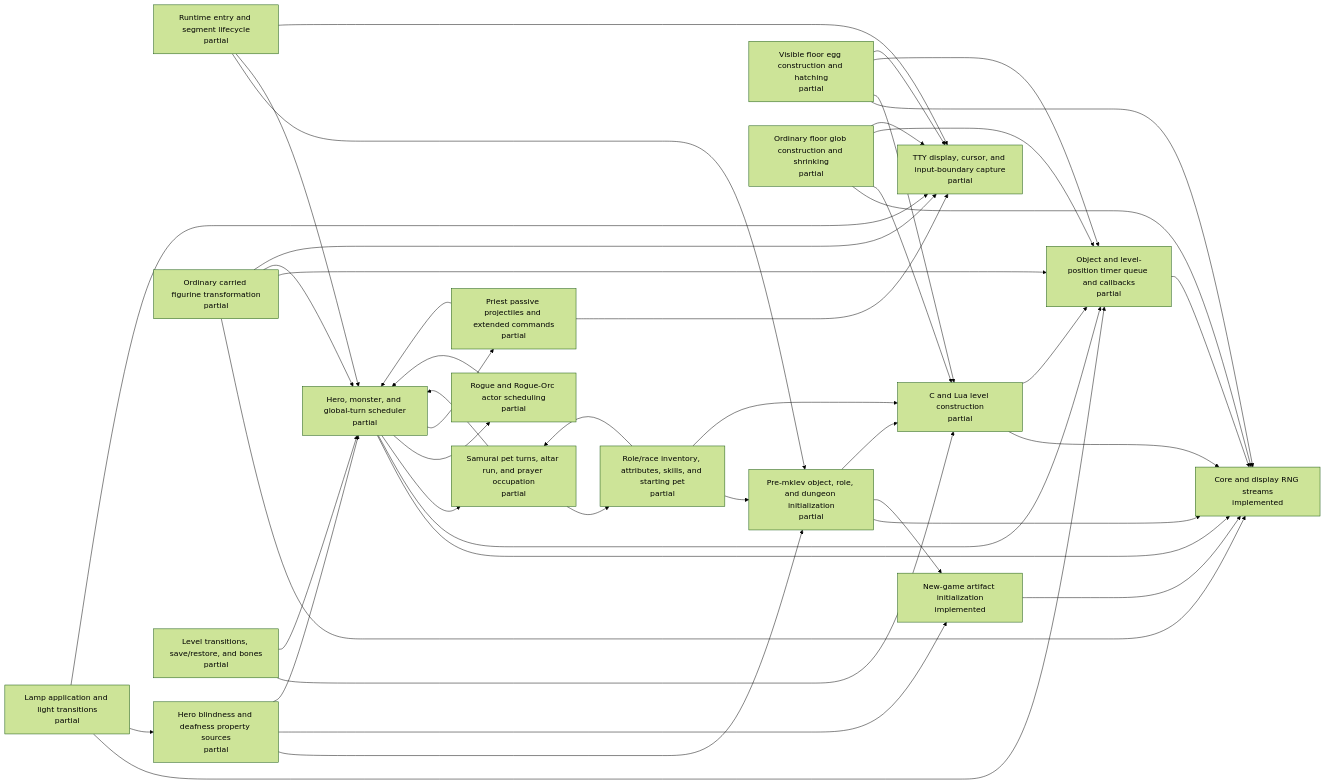
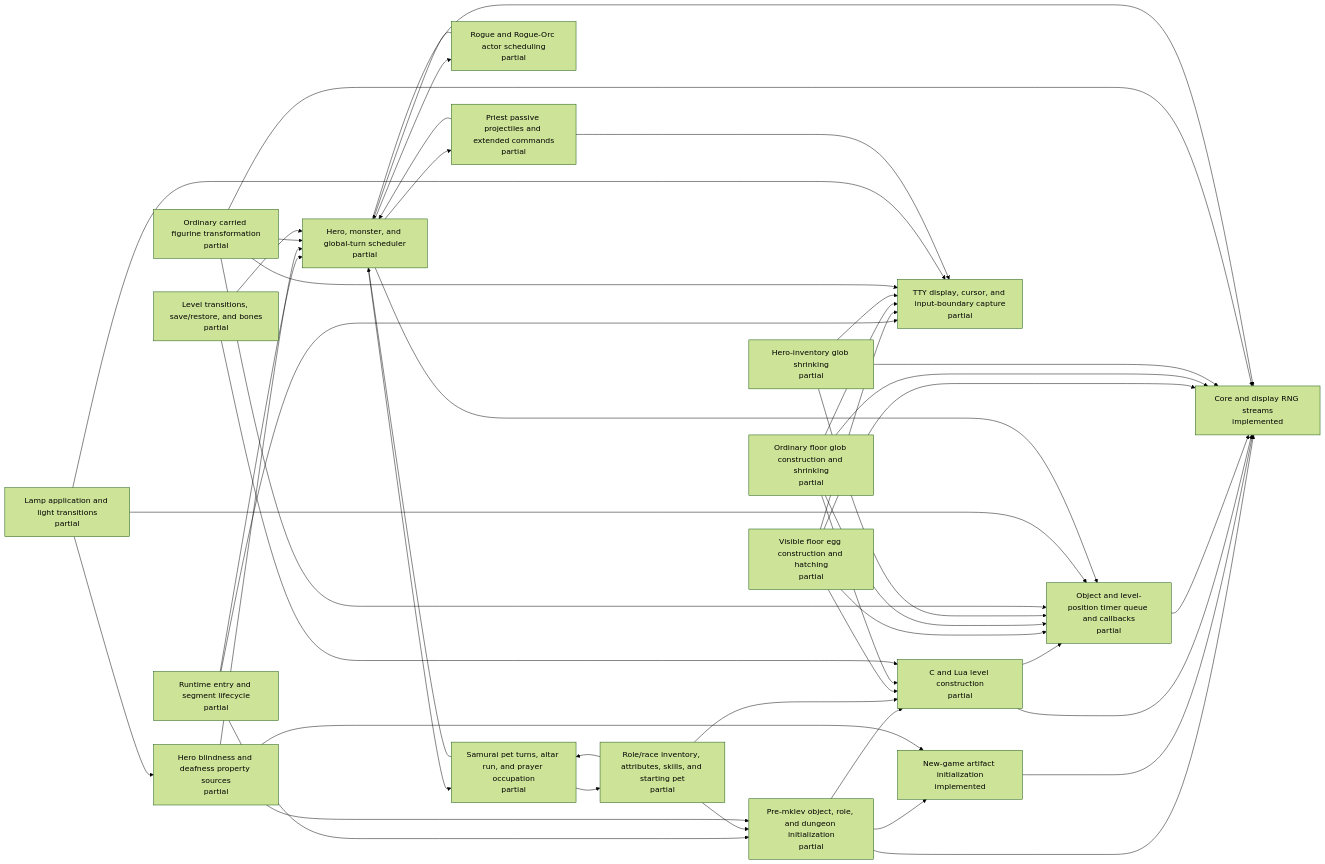
The diagram in docs/architecture/c-lua-ownership.generated.md (daoa0601/teleport-contest), drawn with Mermaid (forest theme) before and after one commit. The commit also changed other lines of this file and 3 other files, not shown here.

Commit message:
Record inventory glob shrink ownership

````diff
--- a/docs/architecture/c-lua-ownership.generated.md
+++ b/docs/architecture/c-lua-ownership.generated.md
@@ -11,64 +11,68 @@
 ```mermaid
 flowchart LR
     n_runtime_entry["Runtime entry and segment lifecycle<br/>partial"]
     n_rng_core["Core and display RNG streams<br/>implemented"]
     n_startup_pre_mklev["Pre-mklev object, role, and dungeon initialization<br/>partial"]
     n_startup_artifacts["New-game artifact initialization<br/>implemented"]
     n_startup_role_inventory["Role/race inventory, attributes, skills, and starting pet<br/>partial"]
     n_hero_sensory_properties["Hero blindness and deafness property sources<br/>partial"]
     n_level_generation["C and Lua level construction<br/>partial"]
     n_object_timer_queue["Object and level-position timer queue and callbacks<br/>partial"]
     n_floor_egg_hatching["Visible floor egg construction and hatching<br/>partial"]
     n_floor_glob_shrinking["Ordinary floor glob construction and shrinking<br/>partial"]
+    n_inventory_glob_shrinking["Hero-inventory glob shrinking<br/>partial"]
     n_carried_figurine_transform["Ordinary carried figurine transformation<br/>partial"]
     n_timed_lamp_application["Lamp application and light transitions<br/>partial"]
     n_turn_scheduler["Hero, monster, and global-turn scheduler<br/>partial"]
     n_samurai_pet_turns["Samurai pet turns, altar run, and prayer occupation<br/>partial"]
     n_rogue_actor_scheduling["Rogue and Rogue-Orc actor scheduling<br/>partial"]
     n_priest_passive_projectiles["Priest passive projectiles and extended commands<br/>partial"]
     n_tty_display["TTY display, cursor, and input-boundary capture<br/>partial"]
     n_level_transition_persistence["Level transitions, save/restore, and bones<br/>partial"]
     n_runtime_entry --> n_startup_pre_mklev
     n_runtime_entry --> n_turn_scheduler
     n_runtime_entry --> n_tty_display
     n_startup_pre_mklev --> n_rng_core
     n_startup_pre_mklev --> n_startup_artifacts
     n_startup_pre_mklev --> n_level_generation
     n_startup_artifacts --> n_rng_core
     n_startup_role_inventory --> n_startup_pre_mklev
     n_startup_role_inventory --> n_level_generation
     n_startup_role_inventory --> n_samurai_pet_turns
     n_hero_sensory_properties --> n_startup_pre_mklev
     n_hero_sensory_properties --> n_startup_artifacts
     n_hero_sensory_properties --> n_turn_scheduler
     n_level_generation --> n_rng_core
     n_level_generation --> n_object_timer_queue
     n_object_timer_queue --> n_rng_core
     n_floor_egg_hatching --> n_rng_core
     n_floor_egg_hatching --> n_level_generation
     n_floor_egg_hatching --> n_object_timer_queue
     n_floor_egg_hatching --> n_tty_display
     n_floor_glob_shrinking --> n_rng_core
     n_floor_glob_shrinking --> n_level_generation
     n_floor_glob_shrinking --> n_object_timer_queue
     n_floor_glob_shrinking --> n_tty_display
+    n_inventory_glob_shrinking --> n_rng_core
+    n_inventory_glob_shrinking --> n_object_timer_queue
+    n_inventory_glob_shrinking --> n_tty_display
     n_carried_figurine_transform --> n_rng_core
     n_carried_figurine_transform --> n_object_timer_queue
     n_carried_figurine_transform --> n_turn_scheduler
     n_carried_figurine_transform --> n_tty_display
     n_timed_lamp_application --> n_object_timer_queue
     n_timed_lamp_application --> n_hero_sensory_properties
     n_timed_lamp_application --> n_tty_display
     n_turn_scheduler --> n_rng_core
     n_turn_scheduler --> n_object_timer_queue
     n_turn_scheduler --> n_samurai_pet_turns
     n_turn_scheduler --> n_rogue_actor_scheduling
     n_turn_scheduler --> n_priest_passive_projectiles
     n_samurai_pet_turns --> n_turn_scheduler
     n_samurai_pet_turns --> n_startup_role_inventory
     n_rogue_actor_scheduling --> n_turn_scheduler
     n_priest_passive_projectiles --> n_turn_scheduler
     n_priest_passive_projectiles --> n_tty_display
     n_level_transition_persistence --> n_level_generation
     n_level_transition_persistence --> n_turn_scheduler
 ```
````
